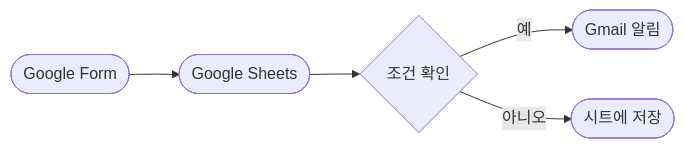
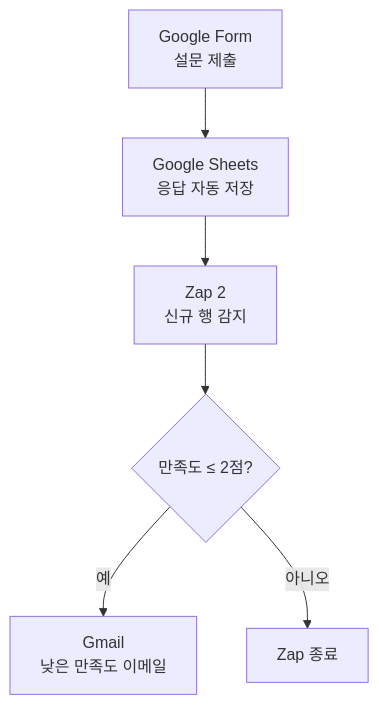
Before and after one commit to jjjoy1114/codyssey_ai_native: the third of 4 diagrams in project-03/flowchart.md, drawn with Mermaid. The commit also changed other lines of this file, not shown here.

````diff
--- a/project-03/flowchart.md
+++ b/project-03/flowchart.md
@@ -3,11 +58,9 @@
 ```mermaid
-flowchart LR
+flowchart TD
+    A["Google Form<br/>설문 제출"] --> B["Google Sheets<br/>응답 자동 저장"]
+    B --> C["Zap 2<br/>신규 행 감지"]
+    C --> D{"만족도 ≤ 2점?"}
 
-A([Google Form])
--->B([Google Sheets])
-
-B-->C{조건 확인}
-
-C-- 예 -->D([Gmail 알림])
-C-- 아니오 -->E([시트에 저장])
+    D -->|"예"| E["Gmail<br/>낮은 만족도 이메일"]
+    D -->|"아니오"| F["Zap 종료"]
 ```
````
